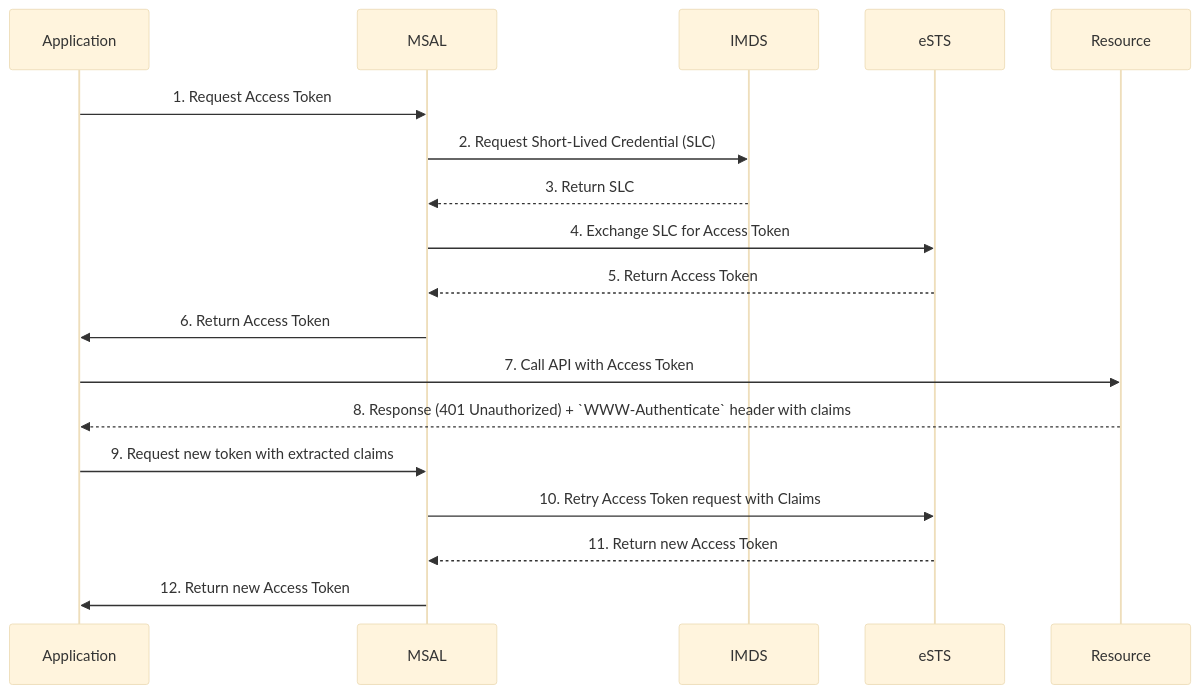
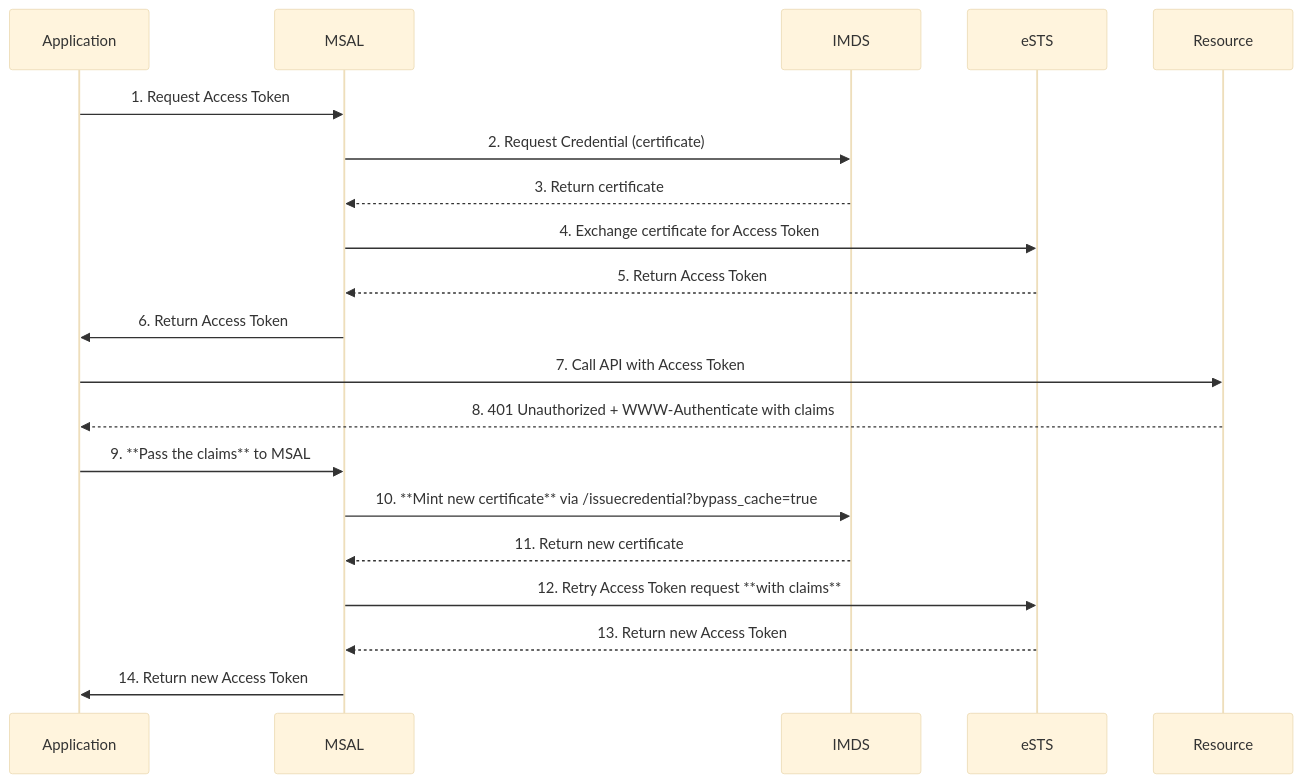
One commit to AzureAD/microsoft-authentication-library-for-dotnet changed the second of 2 diagrams in docs/msi_v2/slc_revocation_spec.md. Above: the diagram before and after it, drawn with Mermaid (base theme). The commit also changed other lines of this file, not shown here.

First line of the commit message:
Revise SLC document to focus on certificate revocation

````diff
--- a/docs/msi_v2/slc_revocation_spec.md
+++ b/docs/msi_v2/slc_revocation_spec.md
@@ -43,22 +43,24 @@
-```mermaid
+~~~mermaid
 sequenceDiagram
     participant Application
     participant MSAL
     participant IMDS
     participant eSTS
     participant Resource
 
     Application ->> MSAL: 1. Request Access Token
-    MSAL ->> IMDS: 2. Request Short-Lived Credential (SLC)
-    IMDS -->> MSAL: 3. Return SLC
-    MSAL ->> eSTS: 4. Exchange SLC for Access Token
+    MSAL ->> IMDS: 2. Request Credential (certificate)
+    IMDS -->> MSAL: 3. Return certificate
+    MSAL ->> eSTS: 4. Exchange certificate for Access Token
     eSTS -->> MSAL: 5. Return Access Token
     MSAL ->> Application: 6. Return Access Token
 
     Application ->> Resource: 7. Call API with Access Token
-    Resource -->> Application: 8. Response (401 Unauthorized) + `WWW-Authenticate` header with claims
-    Application ->> MSAL: 9. Request new token with extracted claims
-    MSAL ->> eSTS: 10. Retry Access Token request with Claims
-    eSTS -->> MSAL: 11. Return new Access Token
-    MSAL ->> Application: 12. Return new Access Token
-```
+    Resource -->> Application: 8. 401 Unauthorized + WWW-Authenticate with claims
+    Application ->> MSAL: 9. **Pass the claims** to MSAL
+    MSAL ->> IMDS: 10. **Mint new certificate** via /issuecredential?bypass_cache=true
+    IMDS -->> MSAL: 11. Return new certificate
+    MSAL ->> eSTS: 12. Retry Access Token request **with claims**
+    eSTS -->> MSAL: 13. Return new Access Token
+    MSAL ->> Application: 14. Return new Access Token
+~~~
````
